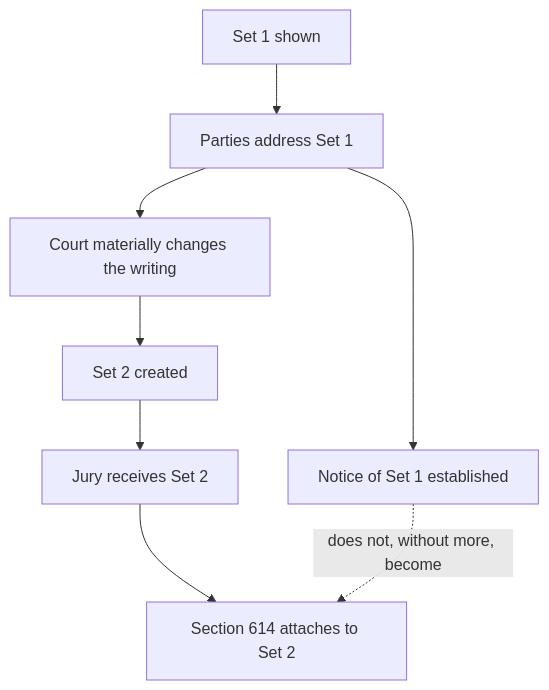
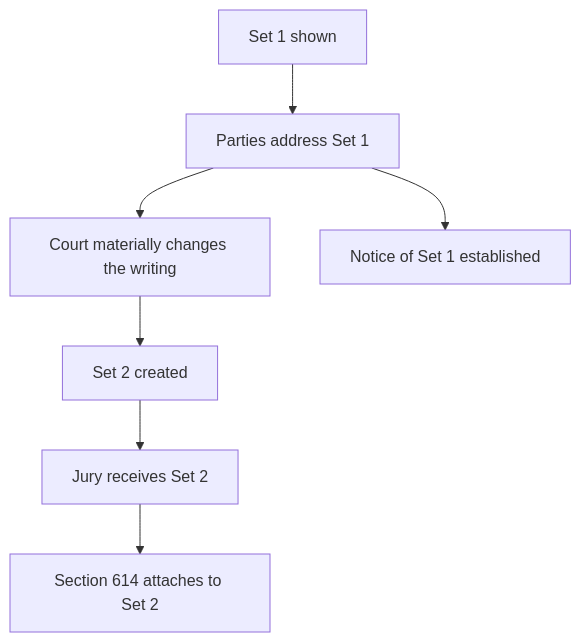
One commit to SFCALEGAL/CSAA-ABDELHALIM-WONG-PSA-CSK changed the sixth of 9 diagrams in QUESTION.md. Above: the diagram before and after it, drawn with Mermaid. The commit also changed other lines of this file, not shown here.

````diff
--- a/QUESTION.md
+++ b/QUESTION.md
@@ -427,10 +417,9 @@
 ```mermaid
 flowchart TD
   A[Set 1 shown] --> B[Parties address Set 1]
   B --> C[Court materially changes the writing]
   C --> D[Set 2 created]
   D --> E[Jury receives Set 2]
   E --> F[Section 614 attaches to Set 2]
   B --> G[Notice of Set 1 established]
-  G -.->|does not, without more, become| F
 ```
````
